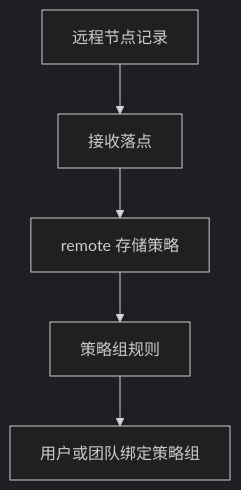
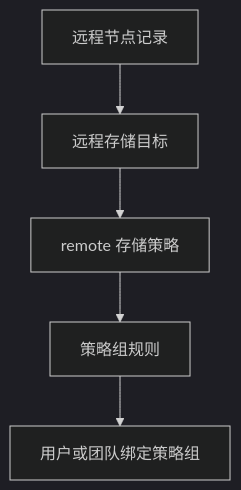
Before and after one commit to EleProCoress/AsterDrive: the first of 4 diagrams in docs/storage/remote-follower.md, drawn with Mermaid (dark theme). The commit also changed other lines of this file and 61 other files, not shown here.

````diff
--- a/docs/storage/remote-follower.md
+++ b/docs/storage/remote-follower.md
@@ -33,7 +33,7 @@
 ```mermaid
 flowchart TD
-  Node["远程节点记录"] --> Ingress["接收落点"]
-  Ingress --> Policy["remote 存储策略"]
+  Node["远程节点记录"] --> Target["远程存储目标"]
+  Target --> Policy["remote 存储策略"]
   Policy --> Rule["策略组规则"]
   Rule --> Binding["用户或团队绑定策略组"]
 ```
````
